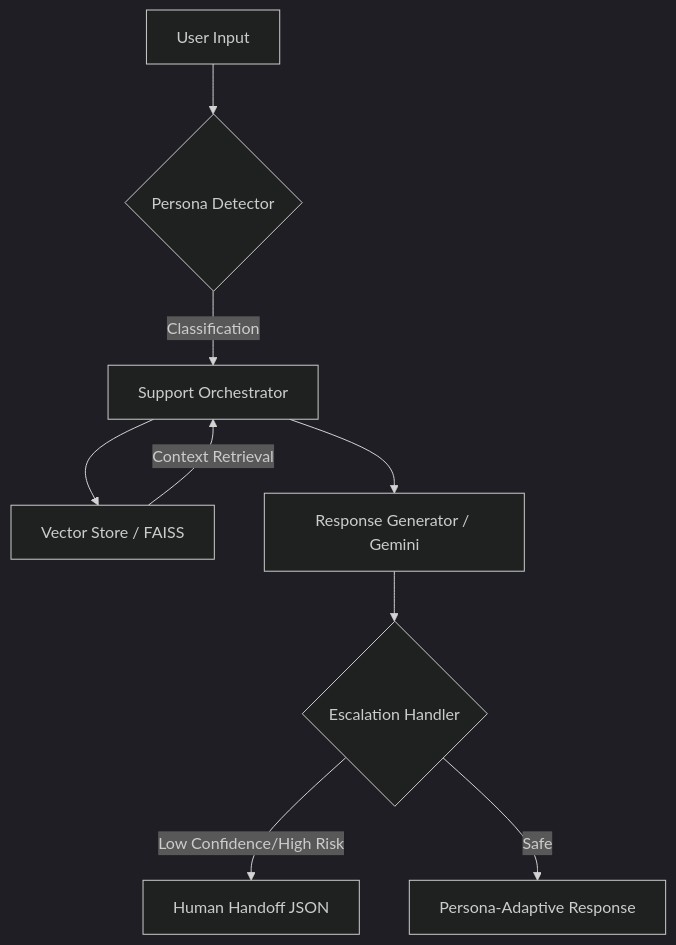
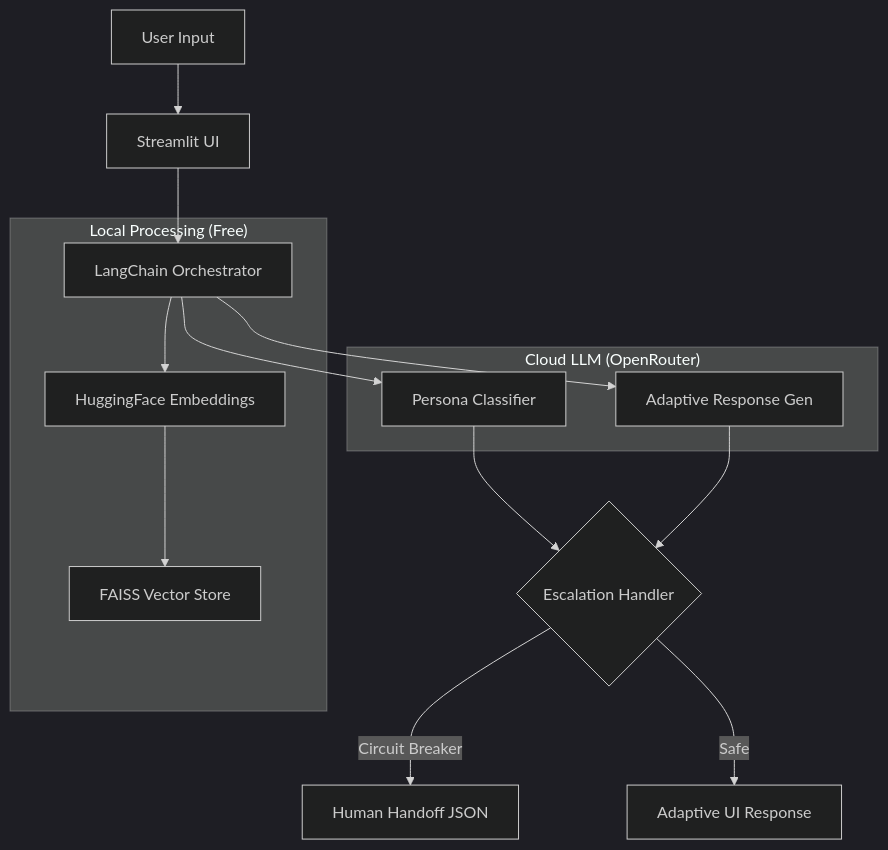
The diagram in persona_support_agent/README.md (SarvagyaSaxena101/Persona-Support-Agent), drawn with Mermaid (dark theme) before and after one commit. The commit also changed other lines of this file and 1 other file, not shown here.

````diff
--- a/persona_support_agent/README.md
+++ b/persona_support_agent/README.md
@@ -23,11 +22,20 @@
 ```mermaid
 graph TD
-    A[User Input] --> B{Persona Detector}
-    B -->|Classification| C[Support Orchestrator]
-    C --> D[Vector Store / FAISS]
-    D -->|Context Retrieval| C
-    C --> E[Response Generator / Gemini]
-    E --> F{Escalation Handler}
-    F -->|Low Confidence/High Risk| G[Human Handoff JSON]
-    F -->|Safe| H[Persona-Adaptive Response]
+    A[User Input] --> B[Streamlit UI]
+    B --> C[LangChain Orchestrator]
+    
+    subgraph "Local Processing (Free)"
+        C --> D[HuggingFace Embeddings]
+        D --> E[FAISS Vector Store]
+    end
+    
+    subgraph "Cloud LLM (OpenRouter)"
+        C --> F[Persona Classifier]
+        C --> G[Adaptive Response Gen]
+    end
+    
+    F --> H{Escalation Handler}
+    G --> H
+    H -->|Circuit Breaker| I[Human Handoff JSON]
+    H -->|Safe| J[Adaptive UI Response]
 ```
````
